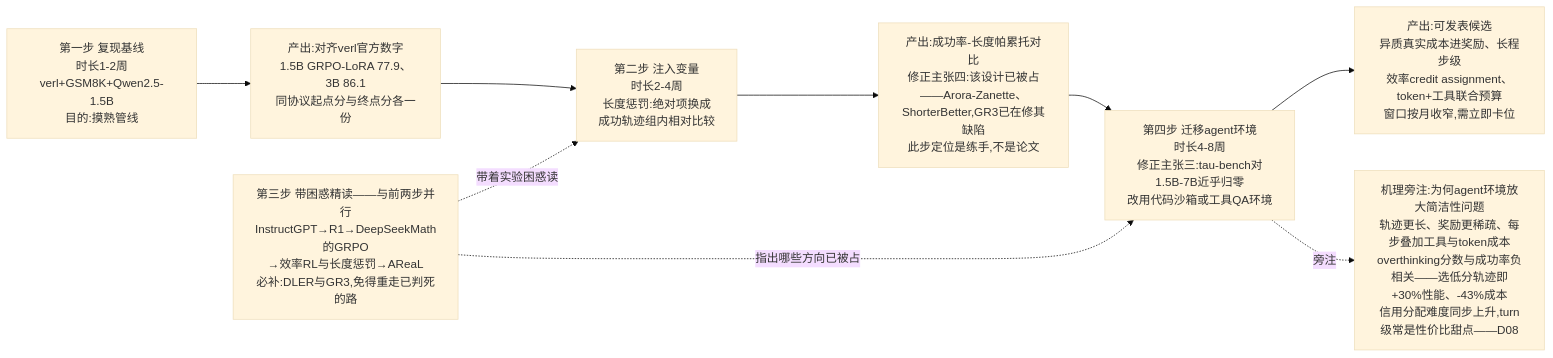
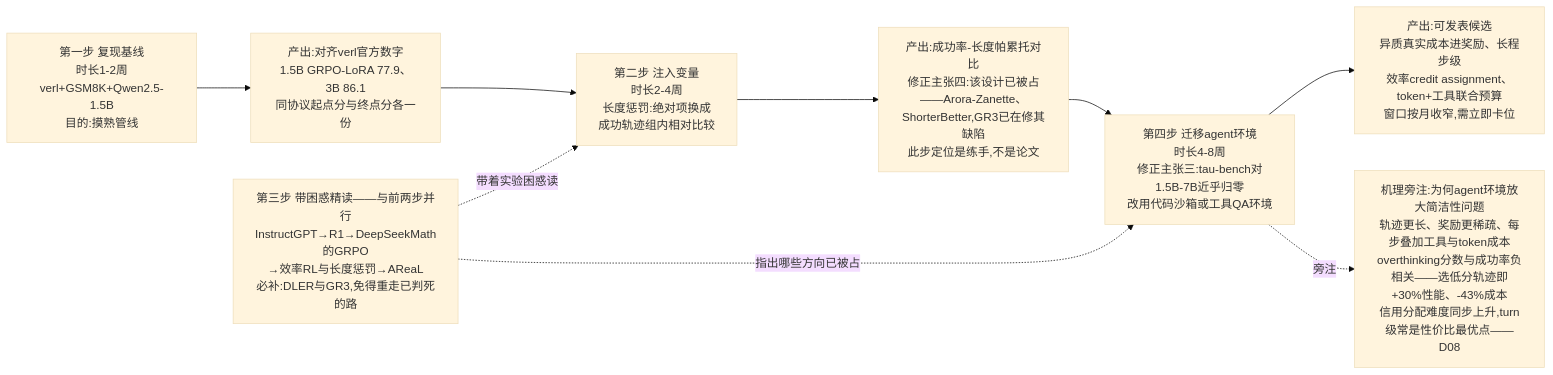
Before and after one commit to lloo099/mission44: the fourth of 5 diagrams in docs/blog/dispatch-25-efficiency-aware-agent-rl.md, drawn with Mermaid (base theme). The commit also changed other lines of this file and 22 other files, not shown here.

````diff
--- a/docs/blog/dispatch-25-efficiency-aware-agent-rl.md
+++ b/docs/blog/dispatch-25-efficiency-aware-agent-rl.md
@@ -259,21 +259,21 @@
 ```mermaid
 flowchart LR
     S1["第一步 复现基线<br/>时长1-2周<br/>verl+GSM8K+Qwen2.5-1.5B<br/>目的:摸熟管线"]
     O1["产出:对齐verl官方数字<br/>1.5B GRPO-LoRA 77.9、3B 86.1<br/>同协议起点分与终点分各一份"]
     S2["第二步 注入变量<br/>时长2-4周<br/>长度惩罚:绝对项换成<br/>成功轨迹组内相对比较"]
     O2["产出:成功率-长度帕累托对比<br/>修正主张四:该设计已被占——Arora-Zanette、<br/>ShorterBetter,GR3已在修其缺陷<br/>此步定位是练手,不是论文"]
     S3["第三步 带困惑精读——与前两步并行<br/>InstructGPT→R1→DeepSeekMath的GRPO<br/>→效率RL与长度惩罚→AReaL<br/>必补:DLER与GR3,免得重走已判死的路"]
     S4["第四步 迁移agent环境<br/>时长4-8周<br/>修正主张三:tau-bench对1.5B-7B近乎归零<br/>改用代码沙箱或工具QA环境"]
     O4["产出:可发表候选<br/>异质真实成本进奖励、长程步级<br/>效率credit assignment、token+工具联合预算<br/>窗口按月收窄,需立即卡位"]
 
     S1 --> O1
     O1 --> S2
     S2 --> O2
     O2 --> S4
     S3 -. "带着实验困惑读" .-> S2
     S3 -. "指出哪些方向已被占" .-> S4
     S4 --> O4
 
-    AMP["机理旁注:为何agent环境放大简洁性问题<br/>轨迹更长、奖励更稀疏、每步叠加工具与token成本<br/>overthinking分数与成功率负相关——选低分轨迹即+30%性能、-43%成本<br/>信用分配难度同步上升,turn级常是性价比甜点——D08"]
+    AMP["机理旁注:为何agent环境放大简洁性问题<br/>轨迹更长、奖励更稀疏、每步叠加工具与token成本<br/>overthinking分数与成功率负相关——选低分轨迹即+30%性能、-43%成本<br/>信用分配难度同步上升,turn级常是性价比最优点——D08"]
     S4 -. "旁注" .-> AMP
 ```
````
